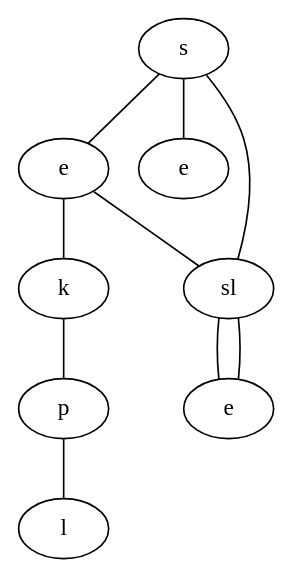
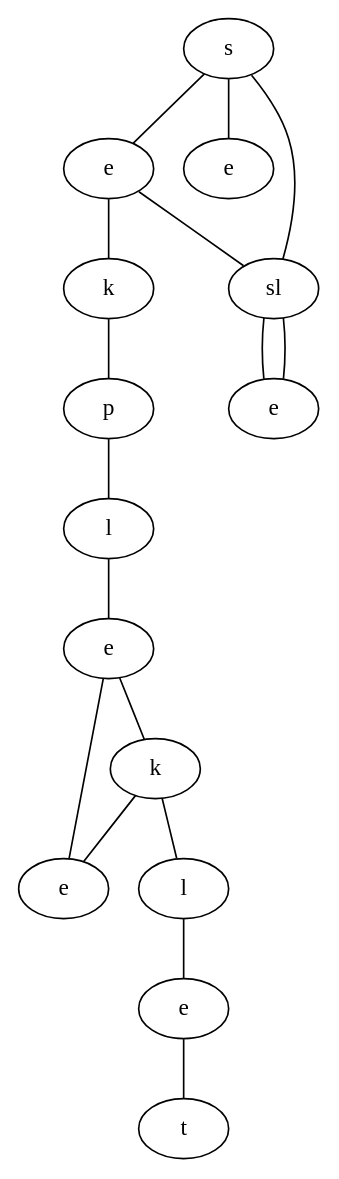
Before and after one commit to schrum2/MM-NEAT: the diagram in data/VGLC/graph.dot, drawn with Graphviz. The commit also changed 8 other files, not shown here.

First line of the commit message:
Fix bug of graph breaking when adding puzzle (#356)

```diff
--- a/data/VGLC/graph.dot
+++ b/data/VGLC/graph.dot
@@ -1,19 +1,32 @@
 graph {
-CzWY[label="s"]
-micM[label="e"]
-SIih[label="e"]
-BUrk[label="sl"]
-omrX[label="k"]
-YknZ[label="e"]
-AqAs[label="p"]
-WkKx[label="l"]
-CzWY -- micM
-CzWY -- SIih
-CzWY -- BUrk
-micM -- omrX
-micM -- BUrk
-BUrk -- YknZ
-omrX -- AqAs
-BUrk -- YknZ
-AqAs -- WkKx
+tdQq[label="s"]
+MXwK[label="e"]
+ebPA[label="e"]
+NqOx[label="sl"]
+nfNN[label="k"]
+DtwW[label="e"]
+Vuhq[label="p"]
+UyNr[label="l"]
+EOFc[label="e"]
+WbRM[label="k"]
+bxmg[label="e"]
+FEOX[label="l"]
+JQAK[label="e"]
+phIq[label="t"]
+tdQq -- MXwK
+tdQq -- ebPA
+tdQq -- NqOx
+MXwK -- nfNN
+MXwK -- NqOx
+NqOx -- DtwW
+nfNN -- Vuhq
+NqOx -- DtwW
+Vuhq -- UyNr
+UyNr -- EOFc
+EOFc -- WbRM
+EOFc -- bxmg
+WbRM -- FEOX
+WbRM -- bxmg
+FEOX -- JQAK
+JQAK -- phIq
 }
```
